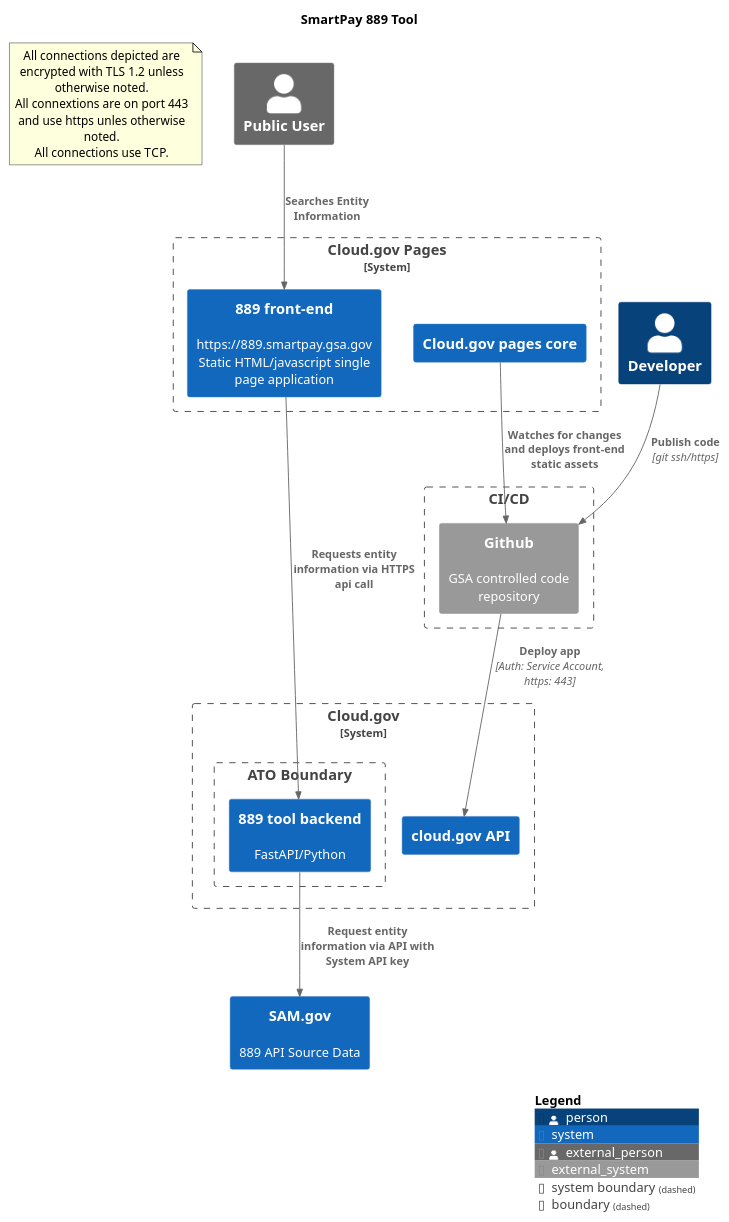
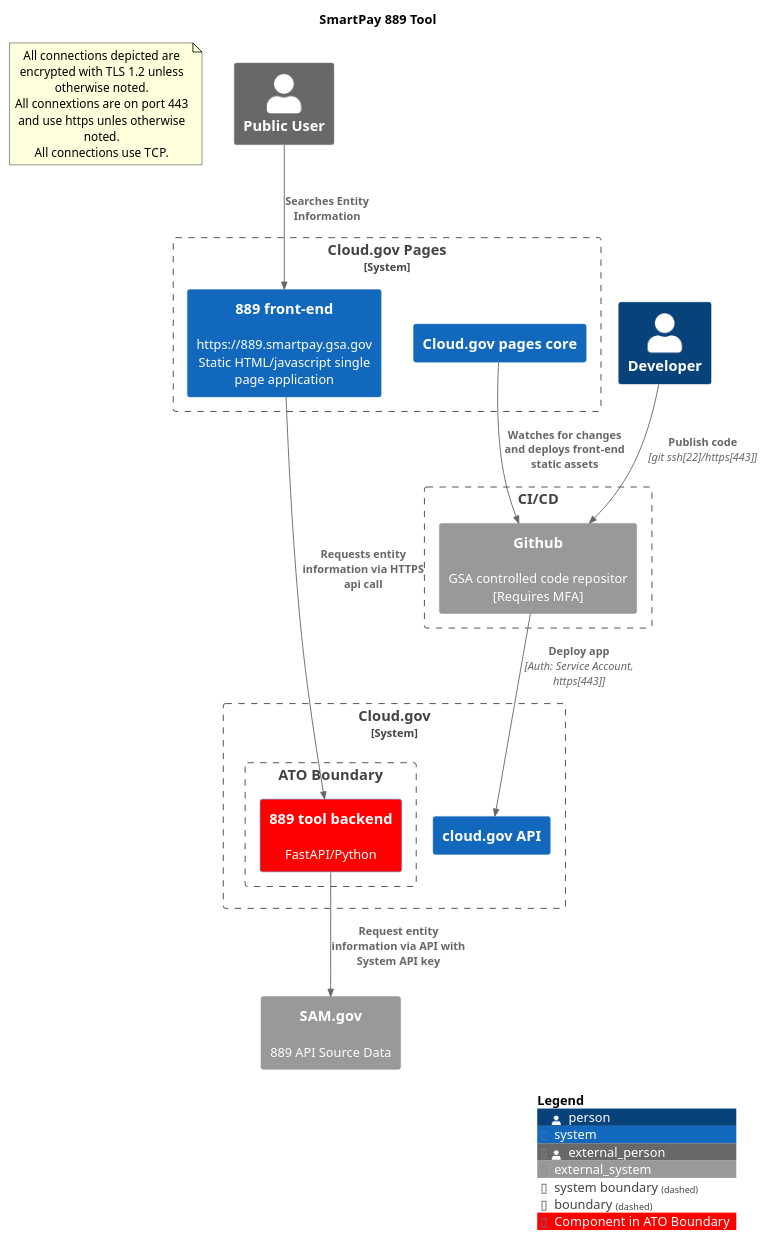
The diagram in docs/diagrams/889_tool_context.puml (GSA/smartpay-training), drawn with PlantUML before and after one commit. The commit also changed 5 other files, not shown here.

Commit message:
make changes to context diagrams for all services

```diff
--- a/docs/diagrams/889_tool_context.puml
+++ b/docs/diagrams/889_tool_context.puml
@@ -1,46 +1,47 @@
 @startuml 889_tool_context
 !include https://raw.githubusercontent.com/plantuml-stdlib/C4-PlantUML/master/C4_Context.puml
 !include https://raw.githubusercontent.com/plantuml-stdlib/C4-PlantUML/master/C4_Container.puml
 
 title SmartPay 889 Tool
+
+AddSystemTag('ATO_component', $legendText="Component in ATO Boundary", $bgColor="red")
 
 note as ConnectionNote
 All connections depicted are encrypted with TLS 1.2 unless otherwise noted. 
 All connextions are on port 443 and use https unles otherwise noted.
 All connections use TCP. 
 end note
 
 System_Boundary(cloud_gov_pages, "Cloud.gov Pages", "") {
-
   System(889_front_end, "889 front-end", "https://889.smartpay.gsa.gov\nStatic HTML/javascript single page application") 
   System(cloud_pages, "Cloud.gov pages core")
 }
 
 System_Boundary(cloud_gov, "Cloud.gov") {
   Boundary(ato, "ATO Boundary") {
-      System(889, "889 tool backend", "FastAPI/Python")            
+      System(889, "889 tool backend", "FastAPI/Python", $tags="ATO_component")            
   }  
   System(cloud_api,"cloud.gov API")
 
 } 
 
 Boundary(cicd, "CI/CD") {
-  System_Ext(github, "Github", "GSA controlled code repository")
+  System_Ext(github, "Github", "GSA controlled code repositor [Requires MFA]")
 }
 
 
 Person_Ext(Public, "Public User")
 Person(Developer, "Developer")
 
-System(samgov, "SAM.gov", "889 API Source Data")
+System_Ext(samgov, "SAM.gov", "889 API Source Data")
 
 Rel(cloud_pages, github, "Watches for changes and deploys front-end static assets")
-Rel(Developer, github, "Publish code", "git ssh/https")
-Rel(github, cloud_api, "Deploy app", "Auth: Service Account, https: 443")
+Rel(Developer, github, "Publish code", "git ssh[22]/https[443]")
+Rel(github, cloud_api, "Deploy app", "Auth: Service Account, https[443]")
 Rel(889, samgov, "Request entity information via API with System API key")
 Rel(889_front_end,  889, "Requests entity information via HTTPS api call")    
 Rel(Public, 889_front_end, "Searches Entity Information")
 
 SHOW_LEGEND()
 
 @enduml
```
